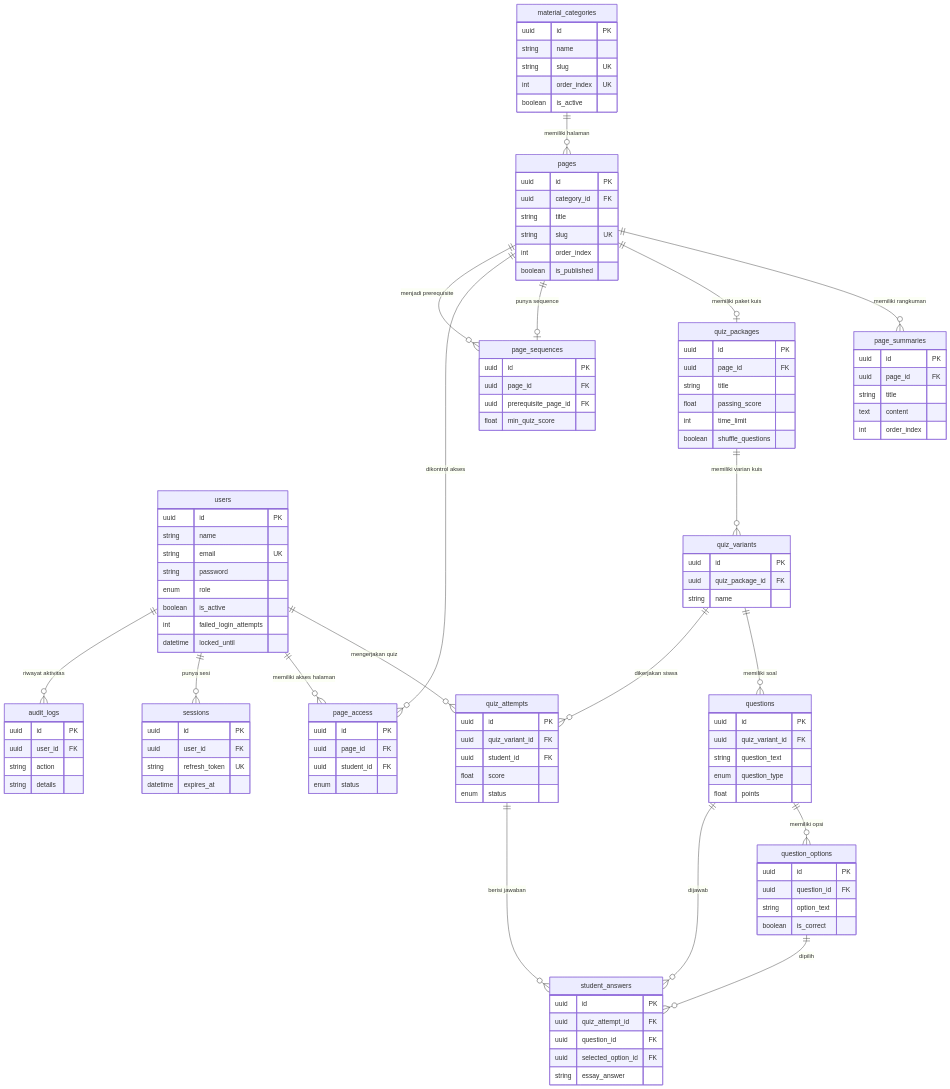
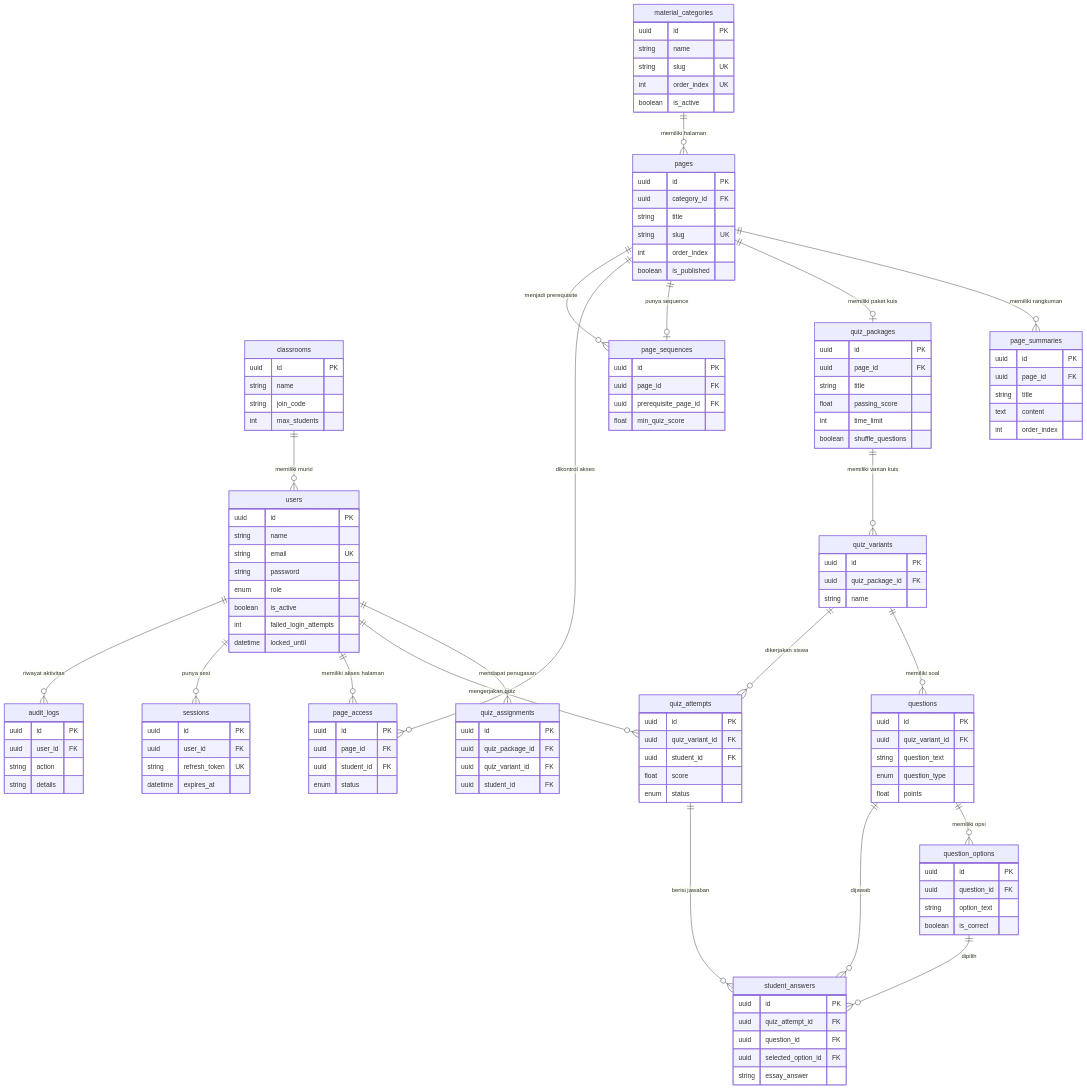
One commit to farhanyp/html-11-rpl-2 changed the first of 3 diagrams in docs/ERD_LMS.md. Above: the diagram before and after it, drawn with Mermaid. The commit also changed other lines of this file and 64 other files, not shown here.

````diff
--- a/docs/ERD_LMS.md
+++ b/docs/ERD_LMS.md
@@ -262,7 +293,9 @@
 ```mermaid
 erDiagram
-    users ||--o{ quiz_attempts : "mengerjakan quiz"
-    users ||--o{ page_access : "memiliki akses halaman"
+    users ||--o{ quiz_assignments : "mendapat penugasan"
+      users ||--o{ quiz_attempts : "mengerjakan quiz"
+    classrooms ||--o{ users : "memiliki murid"
+      users ||--o{ page_access : "memiliki akses halaman"
     users ||--o{ sessions : "punya sesi"
     users ||--o{ audit_logs : "riwayat aktivitas"
 
@@ -283,6 +316,13 @@
 
     quiz_attempts ||--o{ student_answers : "berisi jawaban"
     question_options ||--o{ student_answers : "dipilih"
+
+        classrooms {
+        uuid id PK
+        string name
+        string join_code
+        int max_students
+    }
 
     users {
         uuid id PK
@@ -370,6 +410,13 @@
         boolean is_correct
     }
 
+    quiz_assignments {
+        uuid id PK
+        uuid quiz_package_id FK
+        uuid quiz_variant_id FK
+        uuid student_id FK
+    }
+
     quiz_attempts {
         uuid id PK
         uuid quiz_variant_id FK
````
